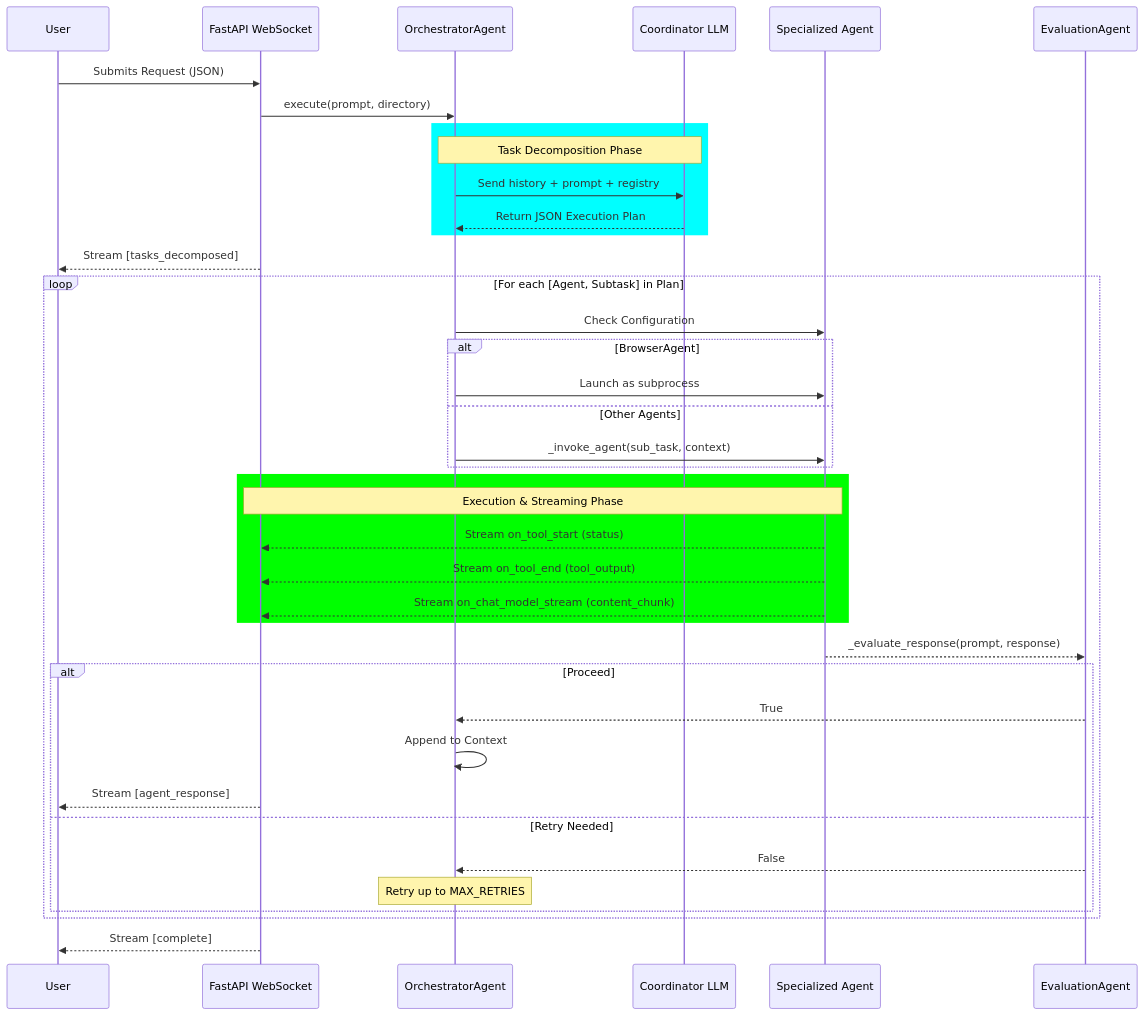
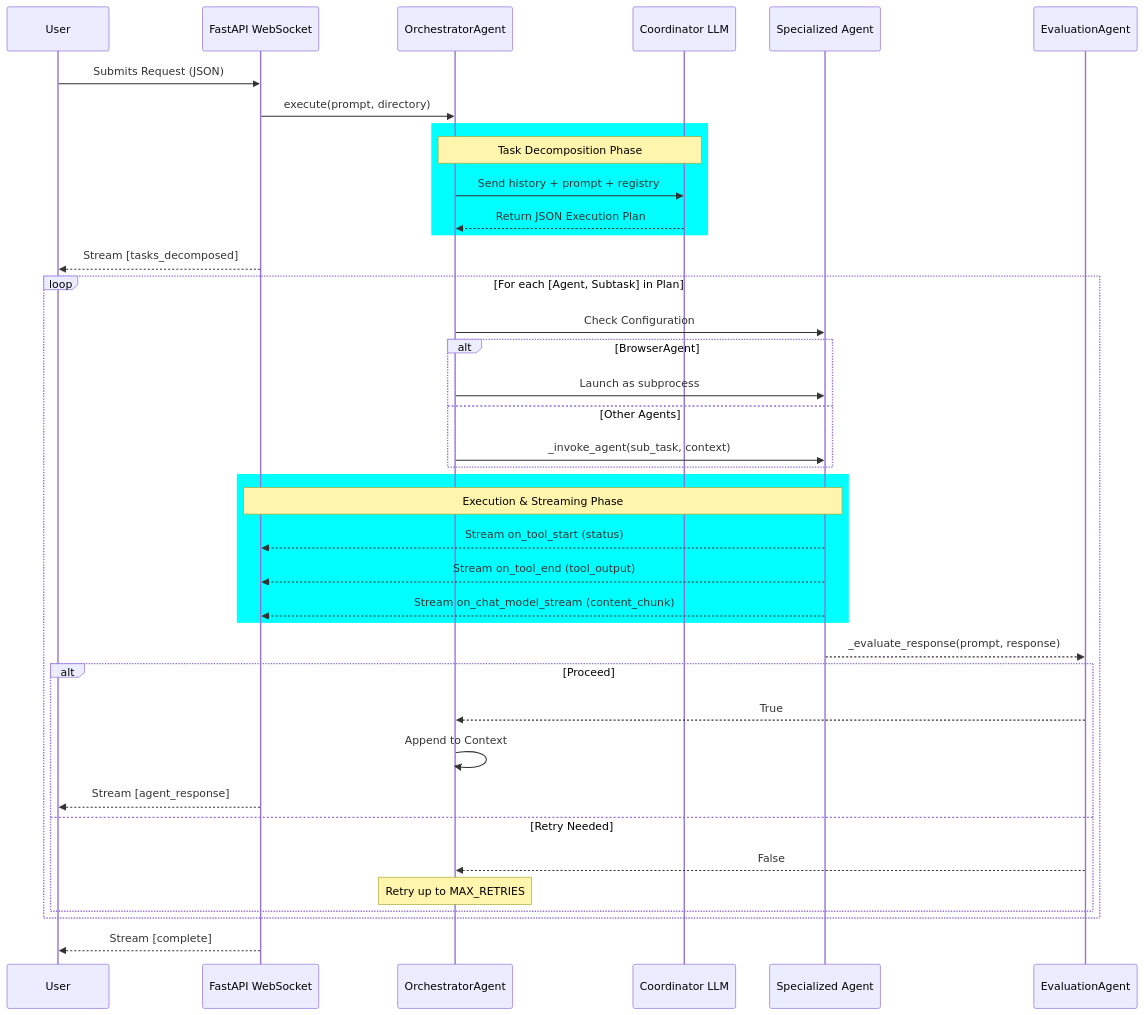
One commit to Kasa-Harendra/OpenAgents changed the first of 2 diagrams in README.md. Above: the diagram before and after it, drawn with Mermaid. The commit also changed other lines of this file and 1 other file, not shown here.

````diff
--- a/README.md
+++ b/README.md
@@ -87,50 +87,50 @@
 ```mermaid
 sequenceDiagram
     participant User
     participant WebSocket as FastAPI WebSocket
     participant Orchestrator as OrchestratorAgent
     participant LLM as Coordinator LLM
     participant Agent as Specialized Agent
     participant Evaluator as EvaluationAgent
 
     User->>WebSocket: Submits Request (JSON)
     WebSocket->>Orchestrator: execute(prompt, directory)
     
     rect rgb(0, 255, 255)
         Note over Orchestrator, LLM: Task Decomposition Phase
         Orchestrator->>LLM: Send history + prompt + registry
         LLM-->>Orchestrator: Return JSON Execution Plan
     end
     
     WebSocket-->>User: Stream [tasks_decomposed]
     
     loop For each [Agent, Subtask] in Plan
         Orchestrator->>Agent: Check Configuration
         
         alt BrowserAgent
             Orchestrator->>Agent: Launch as subprocess
         else Other Agents
             Orchestrator->>Agent: _invoke_agent(sub_task, context)
         end
         
-        rect rgb(0, 255, 0)
+        rect rgb(0, 255, 255)
             Note over Agent, WebSocket: Execution & Streaming Phase
             Agent-->>WebSocket: Stream on_tool_start (status)
             Agent-->>WebSocket: Stream on_tool_end (tool_output)
             Agent-->>WebSocket: Stream on_chat_model_stream (content_chunk)
         end
         
         Agent-->>Evaluator: _evaluate_response(prompt, response)
         
         alt Proceed
             Evaluator-->>Orchestrator: True
             Orchestrator->>Orchestrator: Append to Context
             WebSocket-->>User: Stream [agent_response]
         else Retry Needed
             Evaluator-->>Orchestrator: False
             Note over Orchestrator: Retry up to MAX_RETRIES
         end
     end
     
     WebSocket-->>User: Stream [complete]
 ```
````
